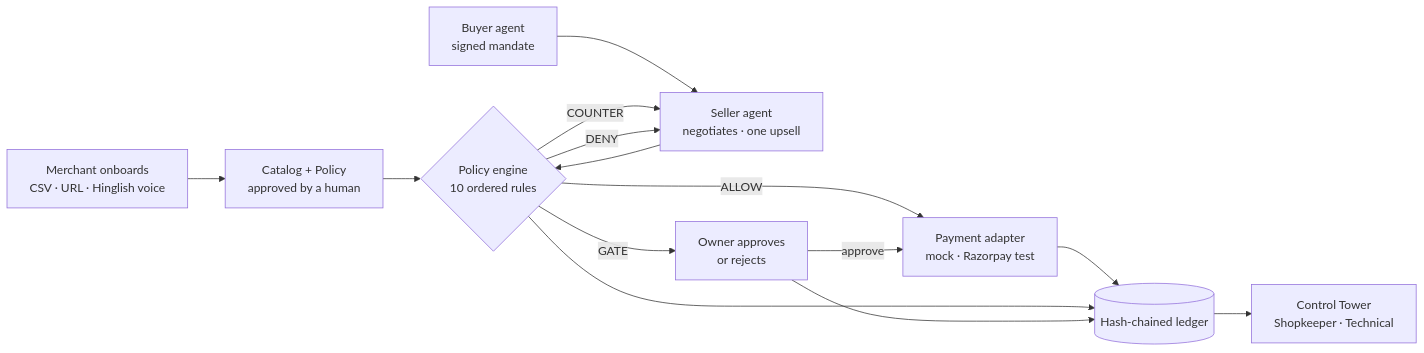
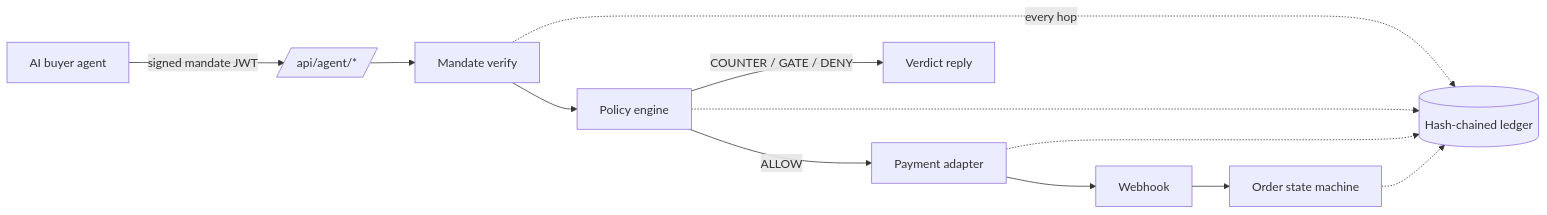
The diagram in README.md (iakshkhurana/razorpay), drawn with Mermaid before and after one commit. The commit also changed other lines of this file and 9 other files, not shown here.

````diff
--- a/README.md
+++ b/README.md
@@ -54,16 +17,13 @@
 ```mermaid
 flowchart LR
-    M[Merchant onboards<br/>CSV · URL · Hinglish voice] --> C[Catalog + Policy<br/>approved by a human]
-    B[Buyer agent<br/>signed mandate] --> N[Seller agent<br/>negotiates · one upsell]
-    C --> E{Policy engine<br/>10 ordered rules}
-    N --> E
-    E -->|ALLOW| P[Payment adapter<br/>mock · Razorpay test]
-    E -->|COUNTER| N
-    E -->|GATE| O[Owner approves<br/>or rejects]
-    E -->|DENY| N
-    O -->|approve| P
-    P --> L[(Hash-chained ledger)]
-    E --> L
-    O --> L
-    L --> T[Control Tower<br/>Shopkeeper · Technical]
+    B[AI buyer agent] -->|signed mandate JWT| API[/api/agent/*/]
+    API --> MV[Mandate verify]
+    MV --> PE[Policy engine]
+    PE -->|ALLOW| PAY[Payment adapter]
+    PE -->|COUNTER / GATE / DENY| REPLY[Verdict reply]
+    PAY --> WH[Webhook] --> SM[Order state machine]
+    MV -.every hop.-> L[(Hash-chained ledger)]
+    PE -.-> L
+    PAY -.-> L
+    SM -.-> L
 ```
````
